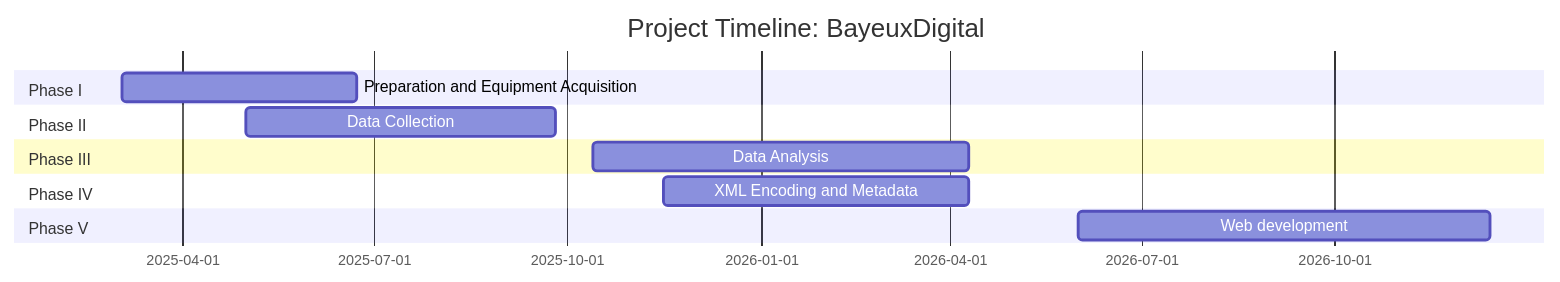
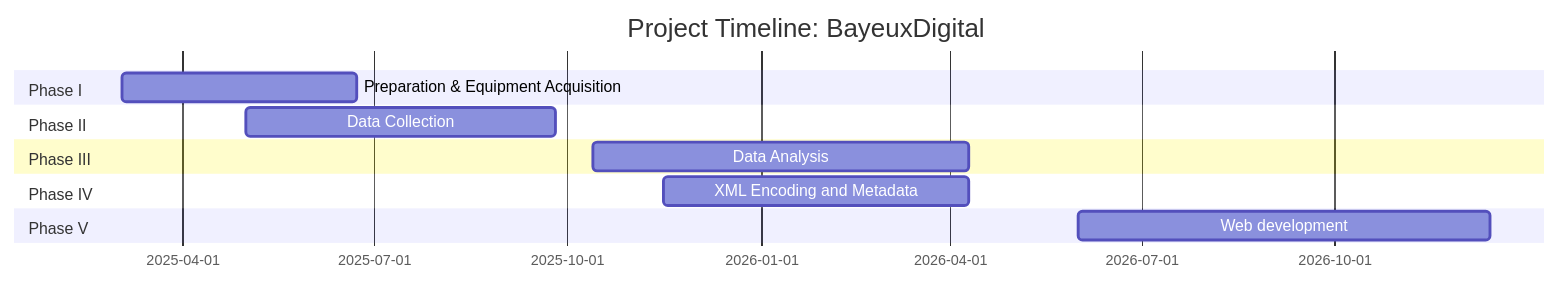
One commit to bjorkk/BayeuxDigital changed the diagram in gantt-timeline.md. Above: the diagram before and after it, drawn with Mermaid.

````diff
--- a/gantt-timeline.md
+++ b/gantt-timeline.md
@@ -3,15 +3,15 @@
 ```mermaid
 gantt
     title Project Timeline: BayeuxDigital
     dateFormat  YYYY-MM-DD
     section Phase I
-    Preparation and Equipment Acquisition :a1, 2025-03-03, 2025-06-23
+    Preparation & Equipment Acquisition :a1, 2025-03-03, 2025-06-23
     section Phase II
     Data Collection :a2, 2025-05-01, 2025-09-25
     section Phase III
     Data Analysis :a3, 2025-10-13, 2026-04-10
     section Phase IV
     XML Encoding and Metadata :a4, 2025-11-16, 2026-04-10
     section Phase V
     Web development :a5, 2026-06-01, 2026-12-14
 ```
````
